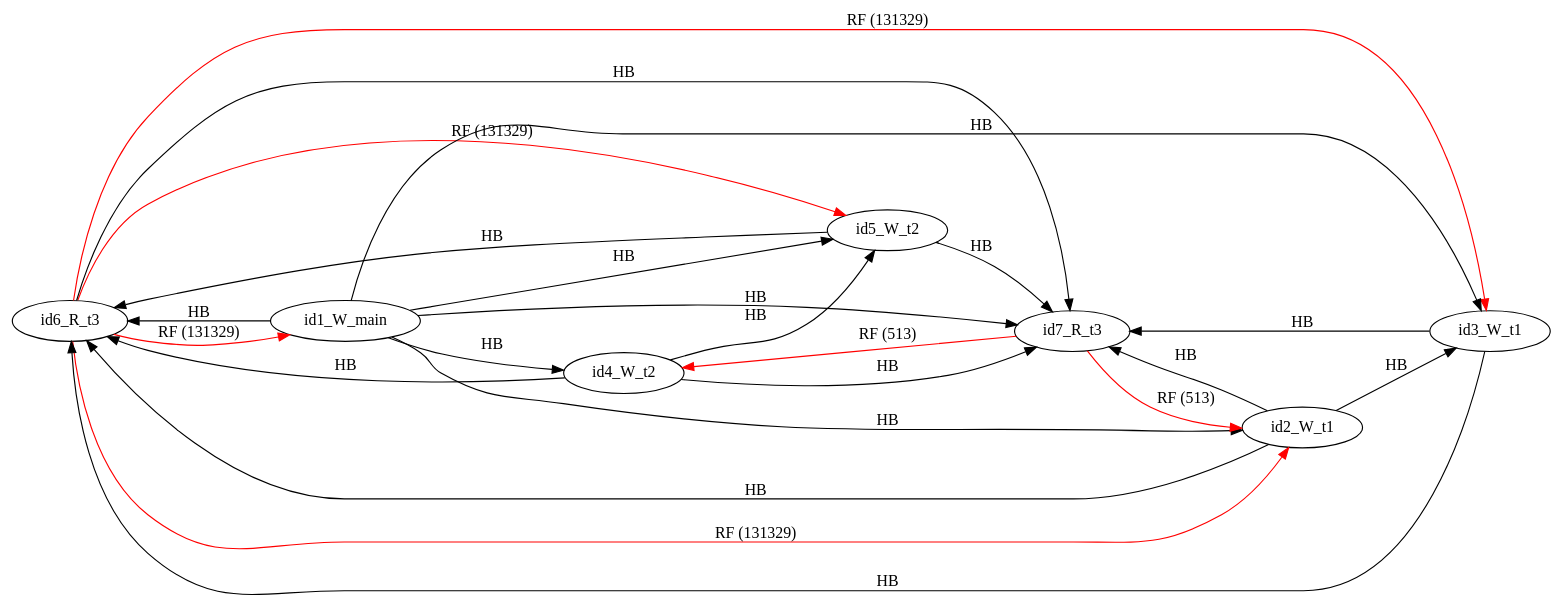
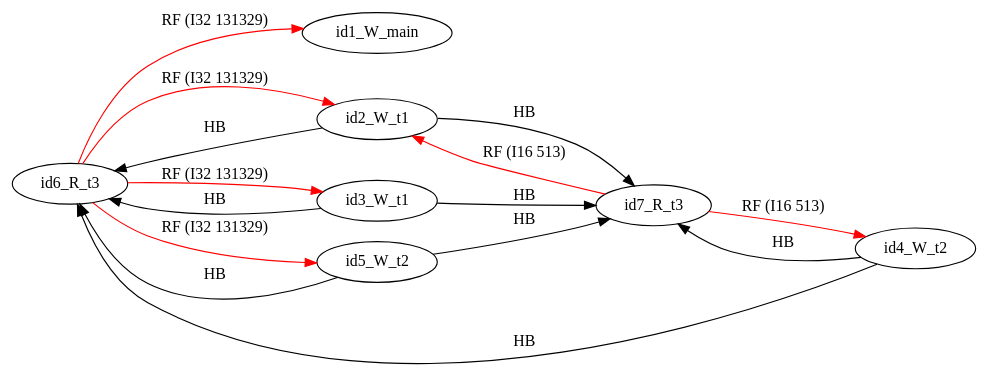
The diagram in examples/single_var/sv_simple14/mm20.dot (FMJS/EMME), drawn with Graphviz before and after one commit. The commit also changed 241 other files, not shown here.

```diff
--- a/examples/single_var/sv_simple14/mm20.dot
+++ b/examples/single_var/sv_simple14/mm20.dot
@@ -1,34 +1,25 @@
 digraph memory_model {
 rankdir=LR;
 splines=true; esep=0.5;
-id6_R_t3 -> id1_W_main [label = "RF (131329)", color="red"];
-id6_R_t3 -> id2_W_t1 [label = "RF (131329)", color="red"];
-id6_R_t3 -> id3_W_t1 [label = "RF (131329)", color="red"];
-id6_R_t3 -> id5_W_t2 [label = "RF (131329)", color="red"];
-id7_R_t3 -> id2_W_t1 [label = "RF (513)", color="red"];
-id7_R_t3 -> id4_W_t2 [label = "RF (513)", color="red"];
-id2_W_t1 -> id3_W_t1 [label = "HB", color="black"];
-id4_W_t2 -> id5_W_t2 [label = "HB", color="black"];
-id6_R_t3 -> id7_R_t3 [label = "HB", color="black"];
-id1_W_main -> id2_W_t1 [label = "HB", color="black"];
-id1_W_main -> id3_W_t1 [label = "HB", color="black"];
-id1_W_main -> id4_W_t2 [label = "HB", color="black"];
-id1_W_main -> id5_W_t2 [label = "HB", color="black"];
-id1_W_main -> id6_R_t3 [label = "HB", color="black"];
-id1_W_main -> id7_R_t3 [label = "HB", color="black"];
+id6_R_t3 -> id1_W_main [label = "RF (I32 131329)", color="red"];
+id6_R_t3 -> id2_W_t1 [label = "RF (I32 131329)", color="red"];
+id6_R_t3 -> id3_W_t1 [label = "RF (I32 131329)", color="red"];
+id6_R_t3 -> id5_W_t2 [label = "RF (I32 131329)", color="red"];
+id7_R_t3 -> id2_W_t1 [label = "RF (I16 513)", color="red"];
+id7_R_t3 -> id4_W_t2 [label = "RF (I16 513)", color="red"];
 id2_W_t1 -> id6_R_t3 [label = "HB", color="black"];
 id2_W_t1 -> id7_R_t3 [label = "HB", color="black"];
 id3_W_t1 -> id6_R_t3 [label = "HB", color="black"];
 id3_W_t1 -> id7_R_t3 [label = "HB", color="black"];
 id4_W_t2 -> id6_R_t3 [label = "HB", color="black"];
 id4_W_t2 -> id7_R_t3 [label = "HB", color="black"];
 id5_W_t2 -> id6_R_t3 [label = "HB", color="black"];
 id5_W_t2 -> id7_R_t3 [label = "HB", color="black"];
 id1_W_main [pos="5.0,4!"]
 id2_W_t1 [pos="0,2!"]
 id3_W_t1 [pos="0,0!"]
 id4_W_t2 [pos="5,2!"]
 id5_W_t2 [pos="5,0!"]
 id6_R_t3 [pos="10,2!"]
 id7_R_t3 [pos="10,0!"]
 }
```
